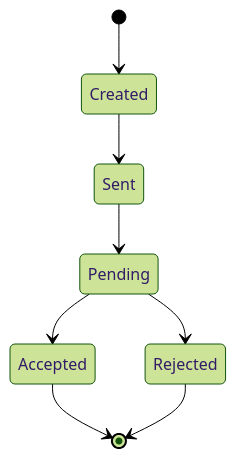
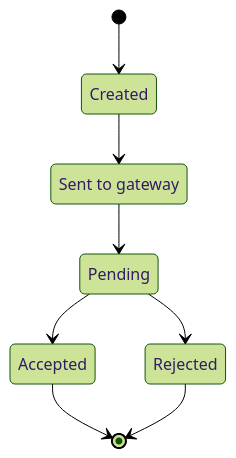
One commit to gevamu/gevamu.github.io changed the third of 3 diagrams in content/4.examples/send-payment.md. Above: the diagram before and after it, drawn with Mermaid (forest theme).

Commit message:
Update state diagram

````diff
--- a/content/4.examples/send-payment.md
+++ b/content/4.examples/send-payment.md
@@ -75,12 +75,13 @@
 ```mermaid
 
 stateDiagram-v2
+    Sent: Sent to gateway
     [*] --> Created
     Created --> Sent
     Sent --> Pending
     Pending --> Accepted
     Pending --> Rejected
     Accepted --> [*]
     Rejected --> [*]
 
 ```
````
